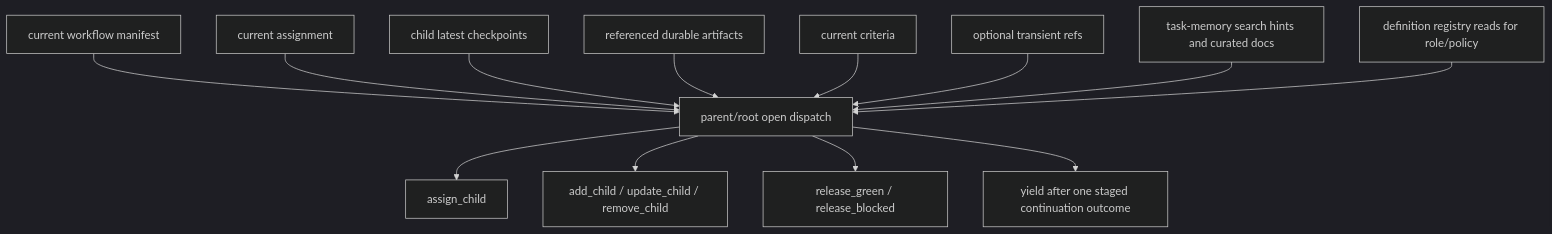
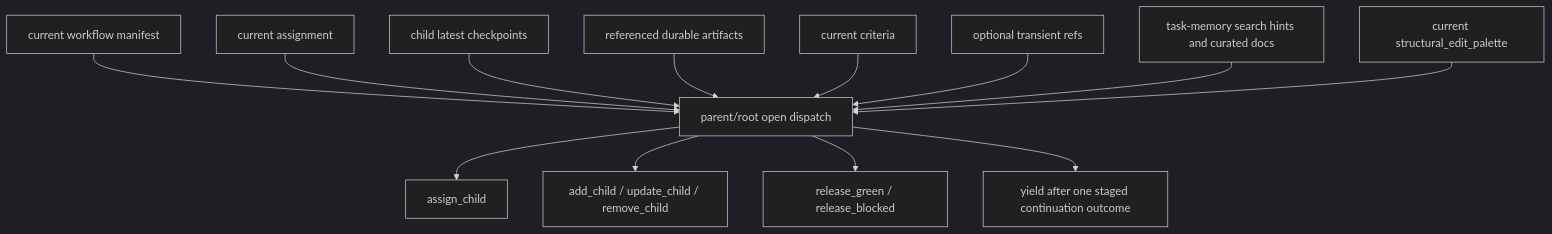
The diagram in docs/redesign/workflows/parent-root-planning-surface.md (ringlochid/AutoClaw), drawn with Mermaid (dark theme) before and after one commit. The commit also changed other lines of this file and 99 other files, not shown here.

````diff
--- a/docs/redesign/workflows/parent-root-planning-surface.md
+++ b/docs/redesign/workflows/parent-root-planning-surface.md
@@ -7,15 +7,15 @@
 ```mermaid
 flowchart TD
     A["current workflow manifest"] --> P["parent/root open dispatch"]
     B["current assignment"] --> P
     C["child latest checkpoints"] --> P
     D["referenced durable artifacts"] --> P
     E["current criteria"] --> P
     F["optional transient refs"] --> P
     G["task-memory search hints and curated docs"] --> P
-    H["definition registry reads for role/policy"] --> P
+    H["current structural_edit_palette"] --> P
     P --> Q["assign_child"]
     P --> R["add_child / update_child / remove_child"]
     P --> S["release_green / release_blocked"]
     P --> T["yield after one staged continuation outcome"]
 ```
````
